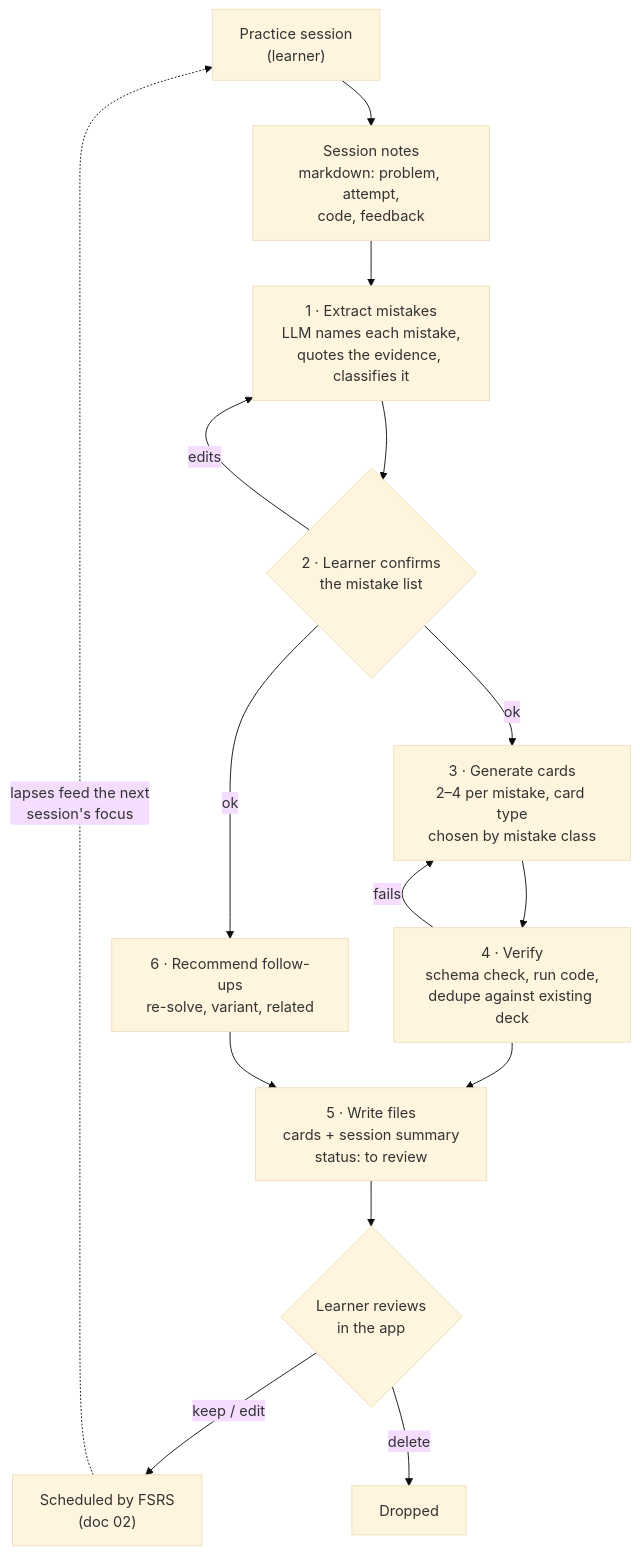
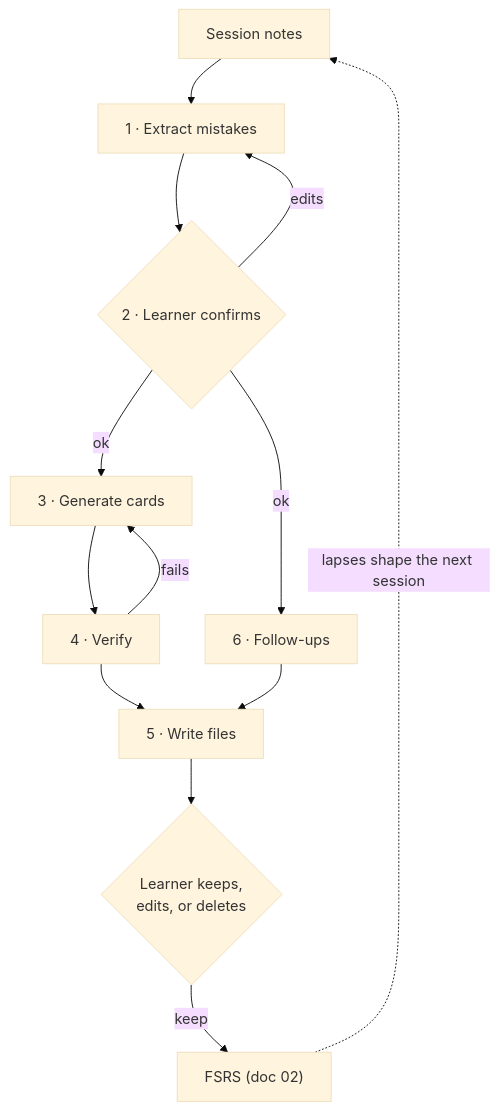
The diagram in plans/04-practice-to-cards.md (cameronvoell/uplink), drawn with Mermaid (base theme) before and after one commit. The commit also changed other lines of this file and 1 other file, not shown here.

Commit message:
Review plan 04: example cards use run/output fences and no deck key per doc 05, fix trace index, correct hypercorrection sources, trim to 249 lines

````diff
--- a/plans/04-practice-to-cards.md
+++ b/plans/04-practice-to-cards.md
@@ -41,17 +28,11 @@
 ```mermaid
 flowchart TD
-  P["Practice session<br/>(learner)"] --> N["Session notes<br/>markdown: problem, attempt,<br/>code, feedback"]
-  N --> X["1 · Extract mistakes<br/>LLM names each mistake,<br/>quotes the evidence, classifies it"]
-  X --> C{"2 · Learner confirms<br/>the mistake list"}
+  N["Session notes"] --> X["1 · Extract mistakes"] --> C{"2 · Learner confirms"}
   C -- edits --> X
-  C -- ok --> G["3 · Generate cards<br/>2–4 per mistake, card type<br/>chosen by mistake class"]
-  G --> V["4 · Verify<br/>schema check, run code,<br/>dedupe against existing deck"]
+  C -- ok --> G["3 · Generate cards"] --> V["4 · Verify"] --> W["5 · Write files"]
   V -- fails --> G
-  V --> W["5 · Write files<br/>cards + session summary<br/>status: to review"]
-  W --> R{"Learner reviews<br/>in the app"}
-  R -- keep / edit --> S["Scheduled by FSRS<br/>(doc 02)"]
-  R -- delete --> D["Dropped"]
-  C -- ok --> F["6 · Recommend follow-ups<br/>re-solve, variant, related"]
-  F --> W
-  S -. "lapses feed the next<br/>session's focus" .-> P
+  C -- ok --> F["6 · Follow-ups"] --> W
+  W --> R{"Learner keeps,<br/>edits, or deletes"}
+  R -- keep --> S["FSRS (doc 02)"]
+  S -. "lapses shape the next session" .-> N
 ```
````
